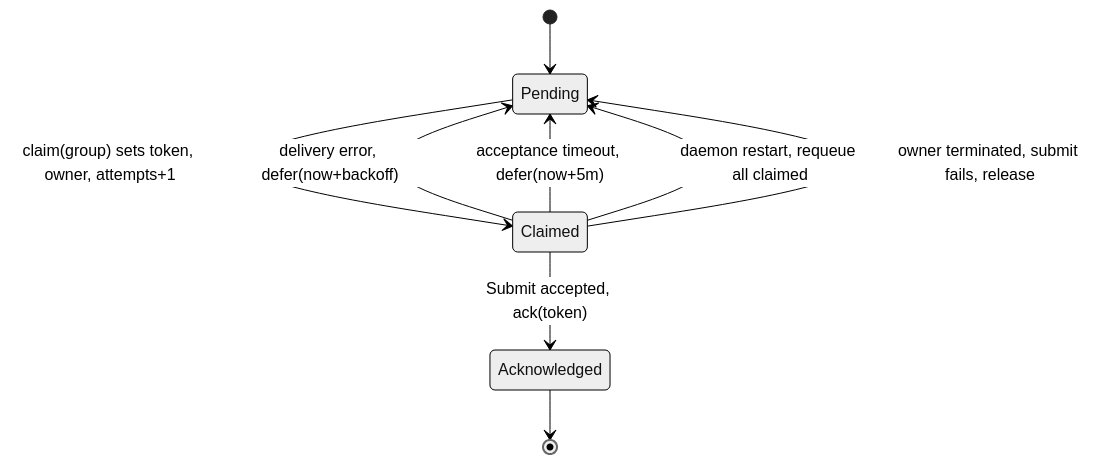
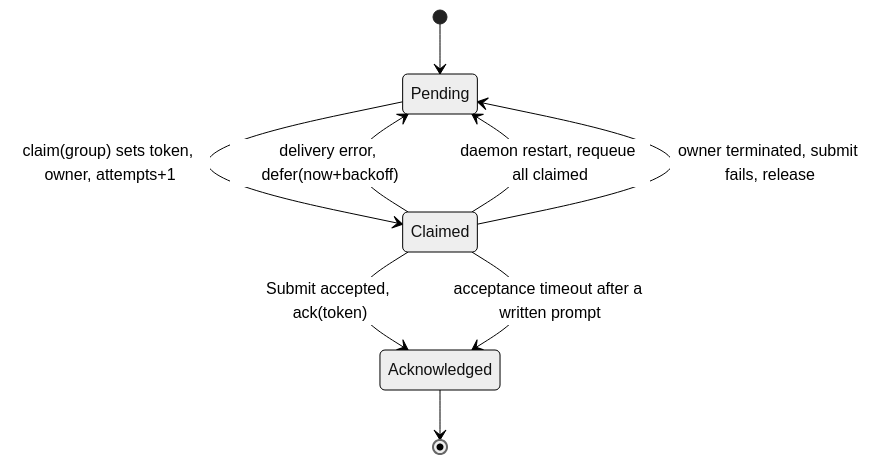
The second of 4 diagrams in docs/adr/0010-coordinator-hierarchy-and-report-ownership.md (petarnenov/ultra-factory), drawn with Mermaid (neutral theme) before and after one commit. The commit also changed other lines of this file and 2 other files, not shown here.

````diff
--- a/docs/adr/0010-coordinator-hierarchy-and-report-ownership.md
+++ b/docs/adr/0010-coordinator-hierarchy-and-report-ownership.md
@@ -423,11 +427,11 @@
 ```mermaid
 stateDiagram-v2
     [*] --> Pending
     Pending --> Claimed: claim(group) sets token, owner, attempts+1
     Claimed --> Acknowledged: Submit accepted, ack(token)
+    Claimed --> Acknowledged: acceptance timeout after a written prompt
     Claimed --> Pending: delivery error, defer(now+backoff)
-    Claimed --> Pending: acceptance timeout, defer(now+5m)
     Claimed --> Pending: daemon restart, requeue all claimed
     Claimed --> Pending: owner terminated, submit fails, release
     Acknowledged --> [*]
 ```
````
